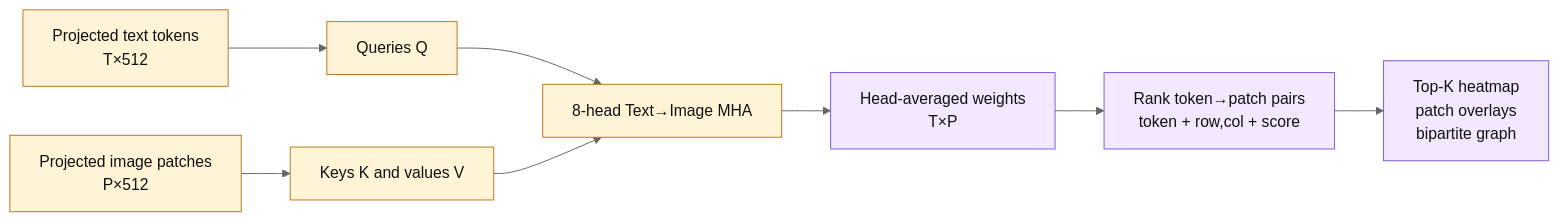
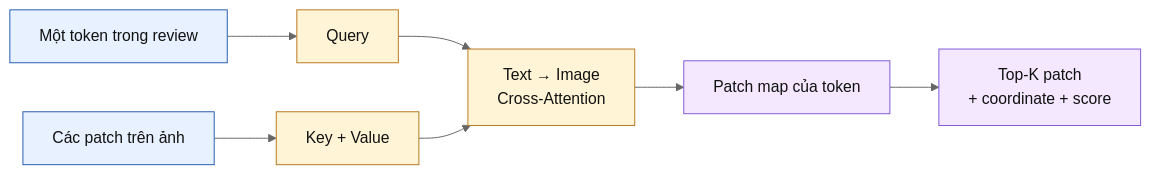
Before and after one commit to lechihoang/SE365: the fifth of 11 diagrams in xAI_AIagent_presentation_proposal.md, drawn with Mermaid (neutral theme). The commit also changed other lines of this file, not shown here.

Commit message:
v2 proposal of xai+ ai Agent

````diff
--- a/xAI_AIagent_presentation_proposal.md
+++ b/xAI_AIagent_presentation_proposal.md
@@ -243,15 +276,16 @@
 ```mermaid
 flowchart LR
-    TOK["Projected text tokens<br/>T×512"] --> Q["Queries Q"]
-    PAT["Projected image patches<br/>P×512"] --> KV["Keys K and values V"]
-    Q --> MHA["8-head Text→Image MHA"]
-    KV --> MHA
-    MHA --> AVG["Head-averaged weights<br/>T×P"]
-    AVG --> TOP["Rank token→patch pairs<br/>token + row,col + score"]
-    TOP --> VIZ["Top-K heatmap<br/>patch overlays<br/>bipartite graph"]
+    TOK["Một token trong review"] --> Q["Query"]
+    IMG["Các patch trên ảnh"] --> KV["Key + Value"]
+    Q --> CA["Text → Image<br/>Cross-Attention"]
+    KV --> CA
+    CA --> MAP["Patch map của token"]
+    MAP --> TOP["Top-K patch<br/>+ coordinate + score"]
 
+    classDef input fill:#E8F1FF,stroke:#275DAD,color:#111;
     classDef model fill:#FFF4D6,stroke:#B7791F,color:#111;
     classDef xai fill:#F3E8FF,stroke:#805AD5,color:#111;
-    class TOK,PAT,Q,KV,MHA model;
-    class AVG,TOP,VIZ xai;
+    class TOK,IMG input;
+    class Q,KV,CA model;
+    class MAP,TOP xai;
 ```
````
